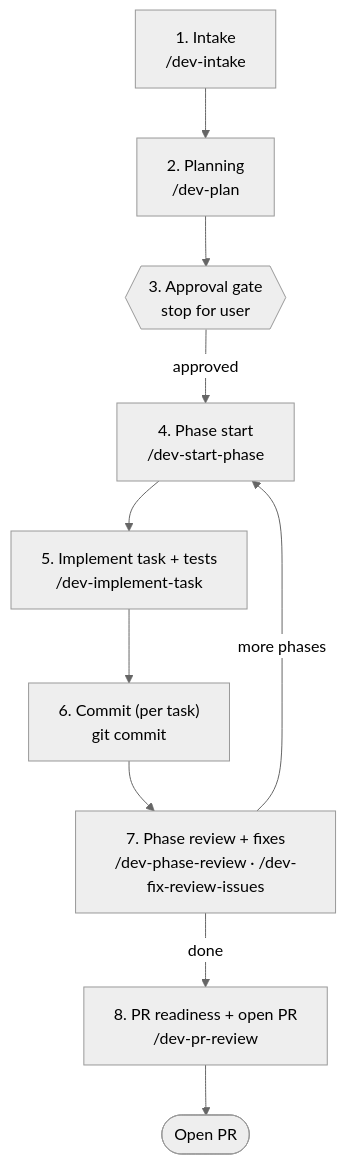
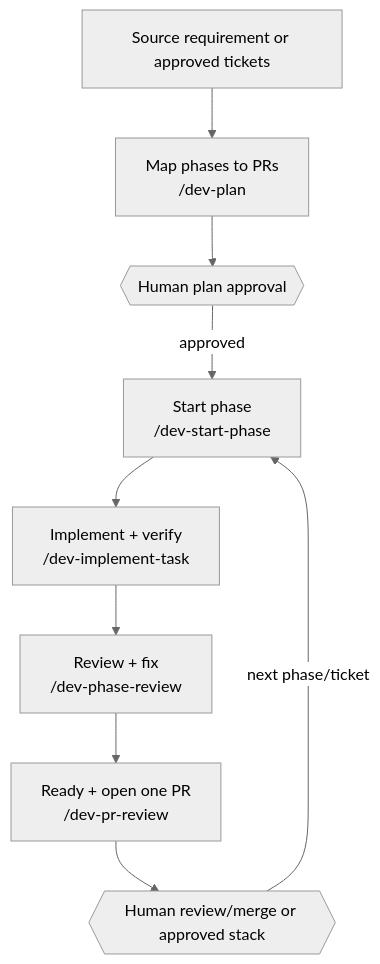
Before and after one commit to Ryan-Thurman/agent-toolbelt: the first of 2 diagrams in docs/phase-command-map.md, drawn with Mermaid (neutral theme). The commit also changed other lines of this file and 333 other files, not shown here.

````diff
--- a/docs/phase-command-map.md
+++ b/docs/phase-command-map.md
@@ -70,15 +25,14 @@
 ```mermaid
 flowchart TD
-    D1["1. Intake<br/>/dev-intake"]
-    D2["2. Planning<br/>/dev-plan"]
-    D3{{"3. Approval gate<br/>stop for user"}}
-    D4["4. Phase start<br/>/dev-start-phase"]
-    D5["5. Implement task + tests<br/>/dev-implement-task"]
-    D6["6. Commit (per task)<br/>git commit"]
-    D7["7. Phase review + fixes<br/>/dev-phase-review · /dev-fix-review-issues"]
-    D8["8. PR readiness + open PR<br/>/dev-pr-review"]
+    D1["Source requirement or approved tickets"]
+    D2["Map phases to PRs<br/>/dev-plan"]
+    D3{{"Human plan approval"}}
+    D4["Start phase<br/>/dev-start-phase"]
+    D5["Implement + verify<br/>/dev-implement-task"]
+    D6["Review + fix<br/>/dev-phase-review"]
+    D7["Ready + open one PR<br/>/dev-pr-review"]
+    D8{{"Human review/merge or approved stack"}}
 
-    D1 --> D2 --> D3 -->|approved| D4 --> D5 --> D6 --> D7
-    D7 -->|more phases| D4
-    D7 -->|done| D8 --> PR([Open PR])
+    D1 --> D2 --> D3 -->|approved| D4 --> D5 --> D6 --> D7 --> D8
+    D8 -->|next phase/ticket| D4
 ```
````
